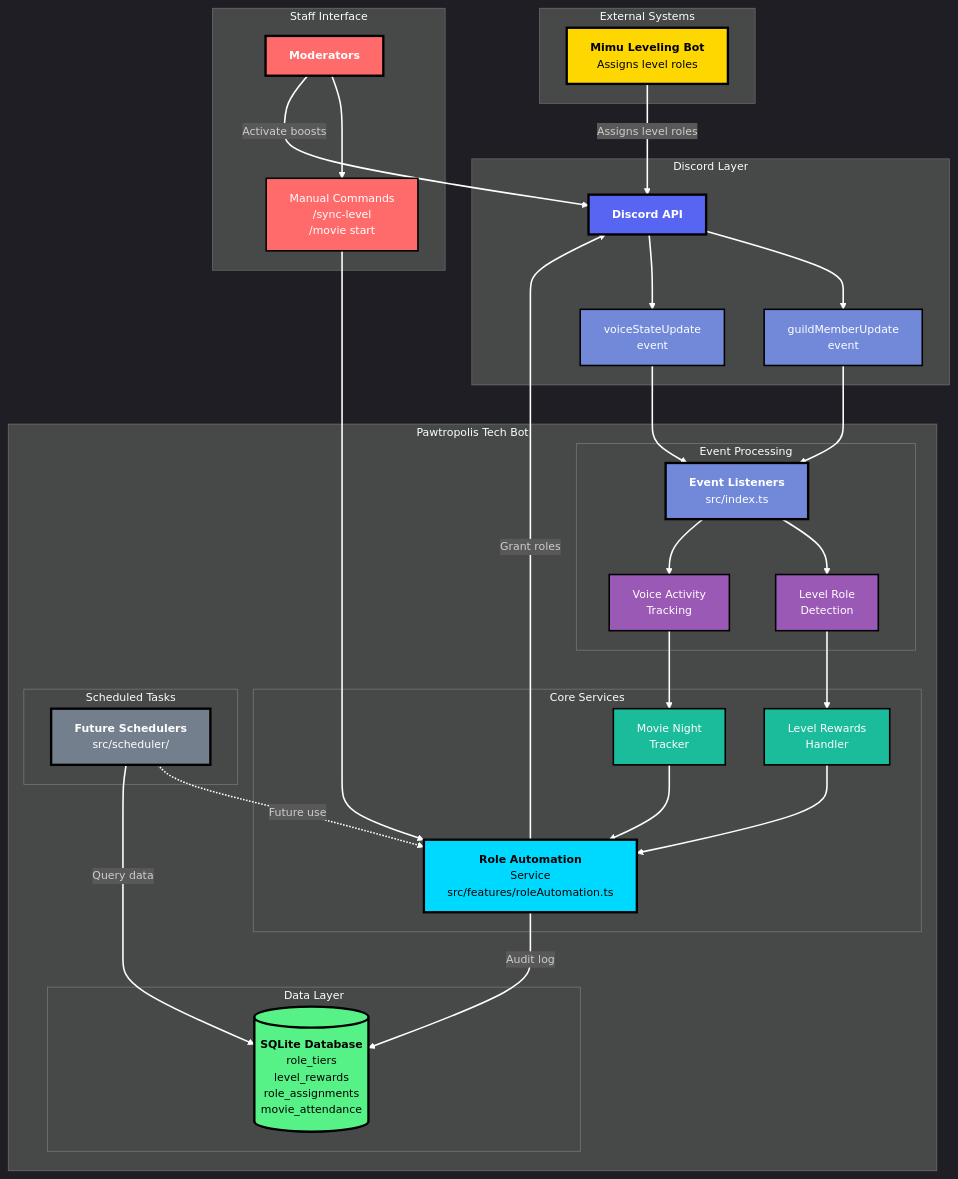
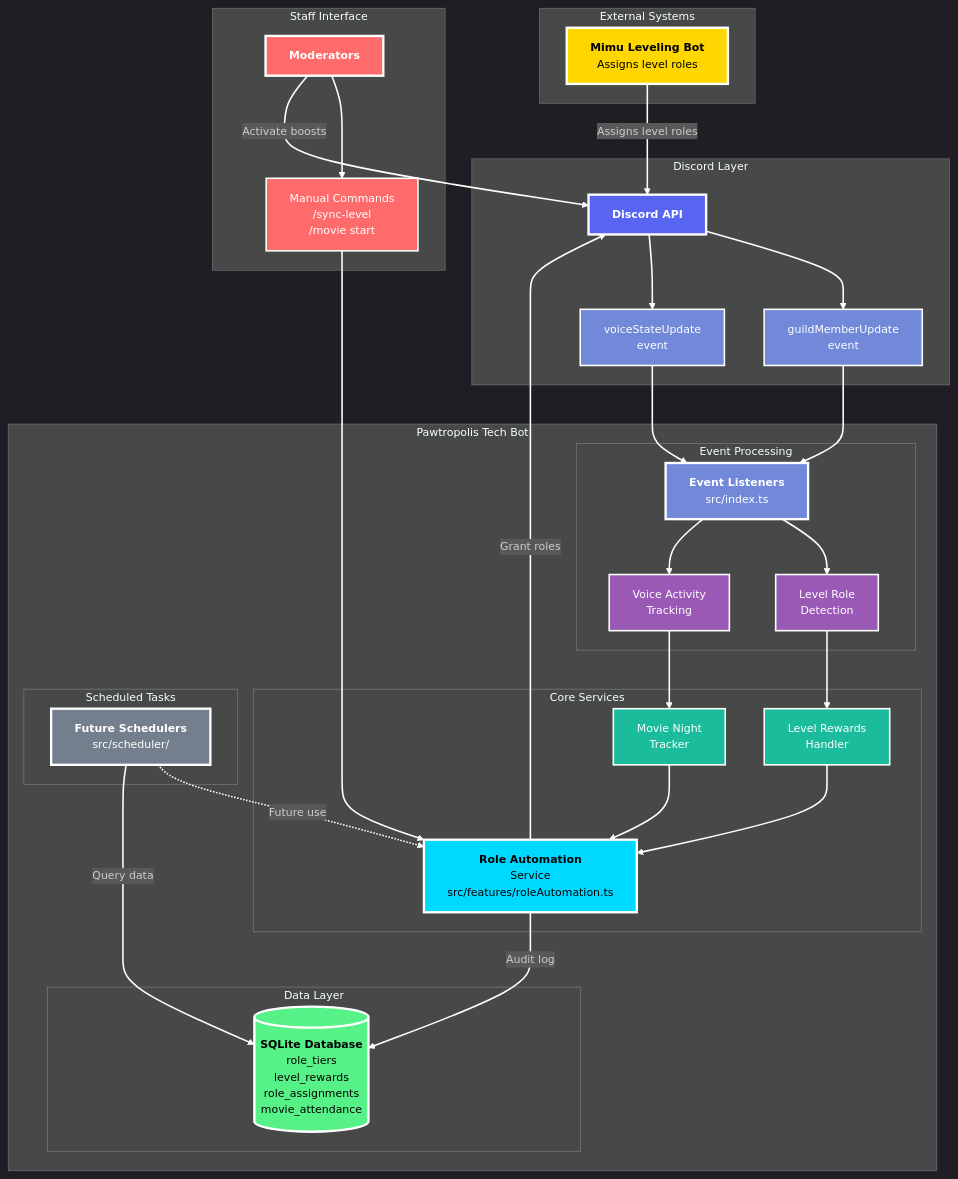
One commit to watchthelight/pawtech-v2 changed the first of 8 diagrams in docs/roadmap/ROLE_AUTOMATION_PLAN.md. Above: the diagram before and after it, drawn with Mermaid. The commit also changed other lines of this file, not shown here.

````diff
--- a/docs/roadmap/ROLE_AUTOMATION_PLAN.md
+++ b/docs/roadmap/ROLE_AUTOMATION_PLAN.md
@@ -88,20 +88,20 @@
 
     SCHED -->|"Query data"| DB
 
-    style MIMU fill:#FFD700,stroke:#000,stroke-width:3px,color:#000
-    style API fill:#5865F2,stroke:#000,stroke-width:3px,color:#fff
-    style GMU fill:#7289DA,stroke:#000,stroke-width:2px,color:#fff
-    style VSU fill:#7289DA,stroke:#000,stroke-width:2px,color:#fff
-    style EVT_HANDLER fill:#7289DA,stroke:#000,stroke-width:3px,color:#fff
-    style LEVEL_EVT fill:#9B59B6,stroke:#000,stroke-width:2px,color:#fff
-    style VOICE_EVT fill:#9B59B6,stroke:#000,stroke-width:2px,color:#fff
-    style ROLE_SVC fill:#00D9FF,stroke:#000,stroke-width:3px,color:#000
-    style LEVEL_SVC fill:#1ABC9C,stroke:#000,stroke-width:2px,color:#fff
-    style MOVIE_SVC fill:#1ABC9C,stroke:#000,stroke-width:2px,color:#fff
-    style DB fill:#57F287,stroke:#000,stroke-width:3px,color:#000
-    style SCHED fill:#747F8D,stroke:#000,stroke-width:3px,color:#fff
-    style STAFF fill:#FF6B6B,stroke:#000,stroke-width:3px,color:#fff
-    style COMMANDS fill:#FF6B6B,stroke:#000,stroke-width:2px,color:#fff
+    style MIMU fill:#FFD700,stroke:#fff,stroke-width:3px,color:#000
+    style API fill:#5865F2,stroke:#fff,stroke-width:3px,color:#fff
+    style GMU fill:#7289DA,stroke:#fff,stroke-width:2px,color:#fff
+    style VSU fill:#7289DA,stroke:#fff,stroke-width:2px,color:#fff
+    style EVT_HANDLER fill:#7289DA,stroke:#fff,stroke-width:3px,color:#fff
+    style LEVEL_EVT fill:#9B59B6,stroke:#fff,stroke-width:2px,color:#fff
+    style VOICE_EVT fill:#9B59B6,stroke:#fff,stroke-width:2px,color:#fff
+    style ROLE_SVC fill:#00D9FF,stroke:#fff,stroke-width:3px,color:#000
+    style LEVEL_SVC fill:#1ABC9C,stroke:#fff,stroke-width:2px,color:#fff
+    style MOVIE_SVC fill:#1ABC9C,stroke:#fff,stroke-width:2px,color:#fff
+    style DB fill:#57F287,stroke:#fff,stroke-width:3px,color:#000
+    style SCHED fill:#747F8D,stroke:#fff,stroke-width:3px,color:#fff
+    style STAFF fill:#FF6B6B,stroke:#fff,stroke-width:3px,color:#fff
+    style COMMANDS fill:#FF6B6B,stroke:#fff,stroke-width:2px,color:#fff
 
     linkStyle default stroke:#fff,stroke-width:2px
 ```
````
